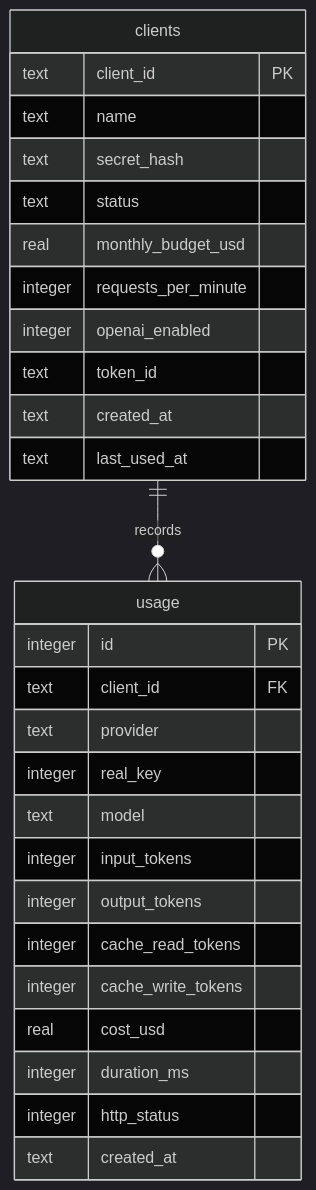
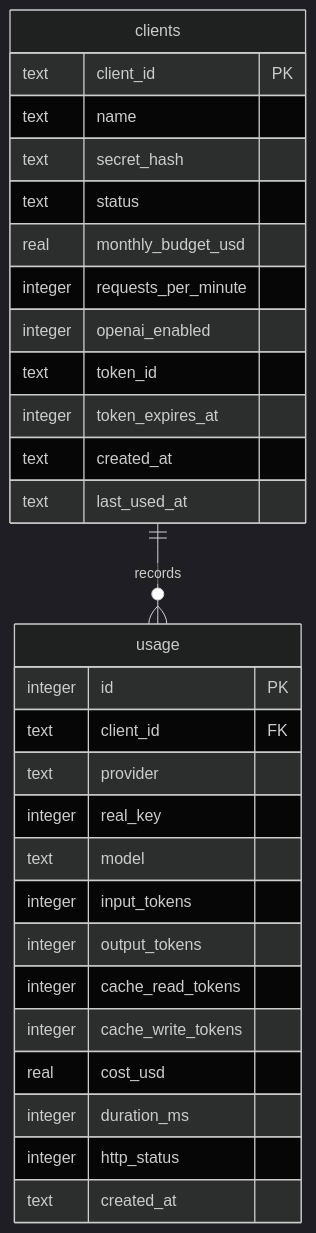
One commit to ParampreetSingh23/claude-wrapper-ai changed the third of 3 diagrams in ARCHITECTURE.md. Above: the diagram before and after it, drawn with Mermaid (dark theme). The commit also changed other lines of this file and 11 other files, not shown here.

````diff
--- a/ARCHITECTURE.md
+++ b/ARCHITECTURE.md
@@ -77,31 +79,32 @@
 ```mermaid
 erDiagram
     clients ||--o{ usage : records
     clients {
         text client_id PK
         text name
         text secret_hash
         text status
         real monthly_budget_usd
         integer requests_per_minute
         integer openai_enabled
         text token_id
+        integer token_expires_at
         text created_at
         text last_used_at
     }
     usage {
         integer id PK
         text client_id FK
         text provider
         integer real_key
         text model
         integer input_tokens
         integer output_tokens
         integer cache_read_tokens
         integer cache_write_tokens
         real cost_usd
         integer duration_ms
         integer http_status
         text created_at
     }
 ```
````
